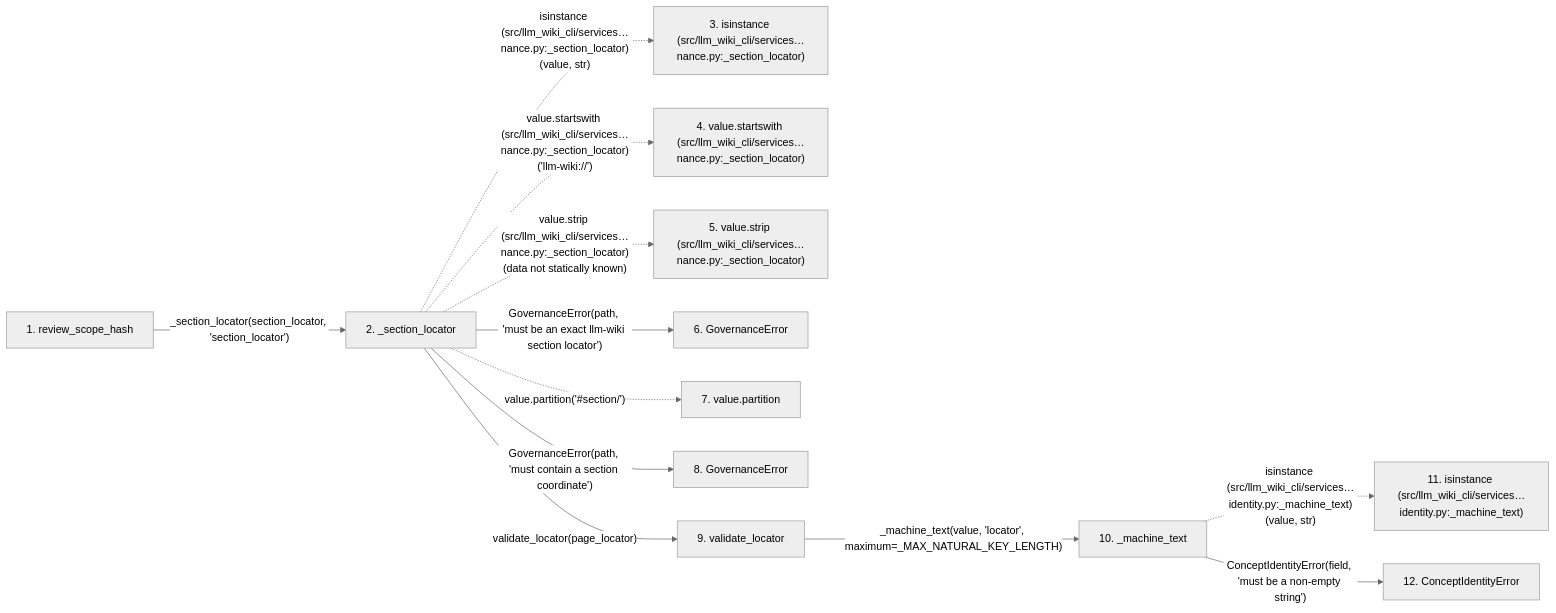
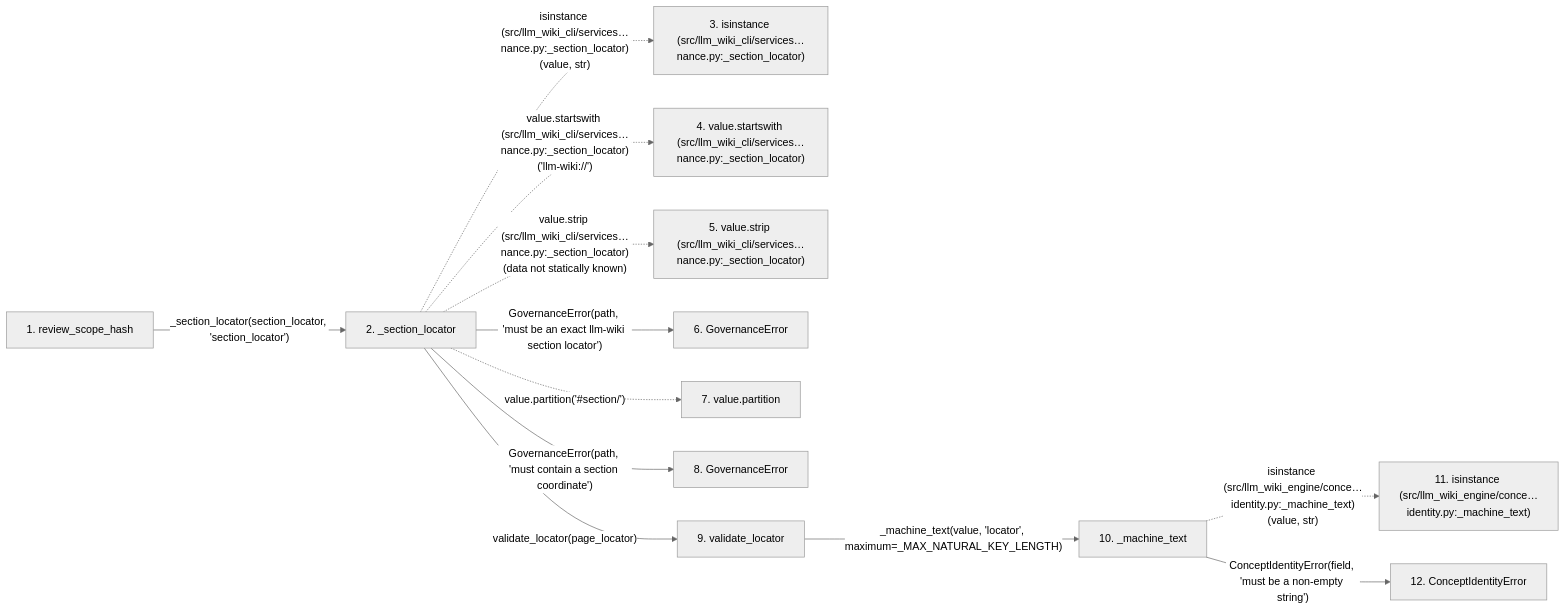
Before and after one commit to Denissvgn/python-wiki-llm: the second of 2 diagrams in docs/llm_wiki/flows/api-review_scope_hash.md, drawn with Mermaid (neutral theme). The commit also changed other lines of this file and 1103 other files, not shown here.

First line of the commit message:
docs: refresh the wiki for the llm-wiki-engine distribution

````diff
--- a/docs/llm_wiki/flows/api-review_scope_hash.md
+++ b/docs/llm_wiki/flows/api-review_scope_hash.md
@@ -137,33 +137,33 @@
 ```mermaid
 flowchart LR
     s1["1. review_scope_hash"]
     s2["2. _section_locator"]
     s3["3. isinstance (src/llm_wiki_cli/services…nance.py:_section_locator)"]
     s4["4. value.startswith (src/llm_wiki_cli/services…nance.py:_section_locator)"]
     s5["5. value.strip (src/llm_wiki_cli/services…nance.py:_section_locator)"]
     s6["6. GovernanceError"]
     s7["7. value.partition"]
     s8["8. GovernanceError"]
     s9["9. validate_locator"]
     s10["10. _machine_text"]
-    s11["11. isinstance (src/llm_wiki_cli/services…identity.py:_machine_text)"]
+    s11["11. isinstance (src/llm_wiki_engine/conce…identity.py:_machine_text)"]
     s12["12. ConceptIdentityError"]
     s1 -->|"_section_locator(section_locator, 'section_locator')"| s2
     s2 -. "isinstance (src/llm_wiki_cli/services…nance.py:_section_locator)(value, str)" .-> s3
     s2 -. "value.startswith (src/llm_wiki_cli/services…nance.py:_section_locator)('llm-wiki://')" .-> s4
     s2 -. "value.strip (src/llm_wiki_cli/services…nance.py:_section_locator)(data not statically known)" .-> s5
     s2 -->|"GovernanceError(path, 'must be an exact llm-wiki section locator')"| s6
     s2 -. "value.partition('#35;section/')" .-> s7
     s2 -->|"GovernanceError(path, 'must contain a section coordinate')"| s8
     s2 -->|"validate_locator(page_locator)"| s9
     s9 -->|"_machine_text(value, 'locator', maximum=_MAX_NATURAL_KEY_LENGTH)"| s10
-    s10 -. "isinstance (src/llm_wiki_cli/services…identity.py:_machine_text)(value, str)" .-> s11
+    s10 -. "isinstance (src/llm_wiki_engine/conce…identity.py:_machine_text)(value, str)" .-> s11
     s10 -->|"ConceptIdentityError(field, 'must be a non-empty string')"| s12
     click s1 "../modules/knowledge_governance.md"
     click s2 "../modules/knowledge_governance.md"
     click s6 "../modules/knowledge_governance.md"
     click s8 "../modules/knowledge_governance.md"
     click s9 "../modules/concept_identity.md"
     click s10 "../modules/concept_identity.md"
     click s12 "../modules/concept_identity.md"
 ```
````
